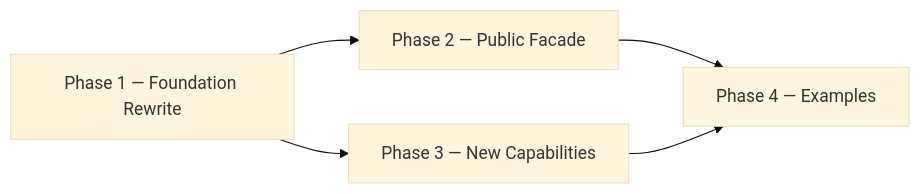
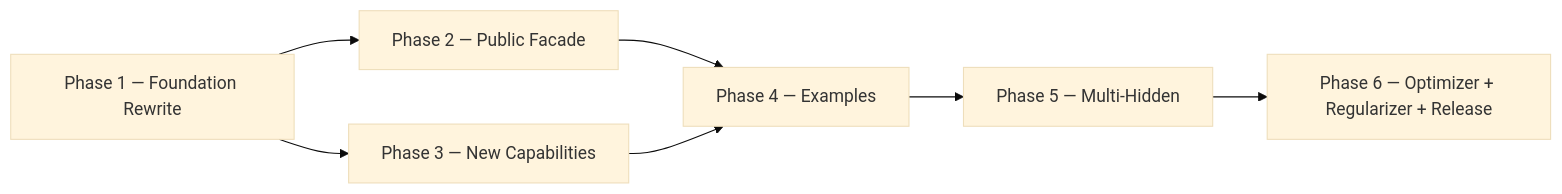
Before and after one commit to teratron/gonn: the diagram in .design/PLAN.md, drawn with Mermaid (base theme). The commit also changed other lines of this file and 14 other files, not shown here.

First line of the commit message:
feat(phase6): scope Phase 6 — optimizer, regularizer, v0.2 release

````diff
--- a/.design/PLAN.md
+++ b/.design/PLAN.md
@@ -123,7 +136,9 @@
 ```mermaid
 graph LR
   A1[Phase 1 — Foundation Rewrite] --> B1[Phase 2 — Public Facade]
   A1 --> C1[Phase 3 — New Capabilities]
   B1 --> D1[Phase 4 — Examples]
   C1 --> D1
+  D1 --> E1[Phase 5 — Multi-Hidden]
+  E1 --> F1[Phase 6 — Optimizer + Regularizer + Release]
 ```
````
